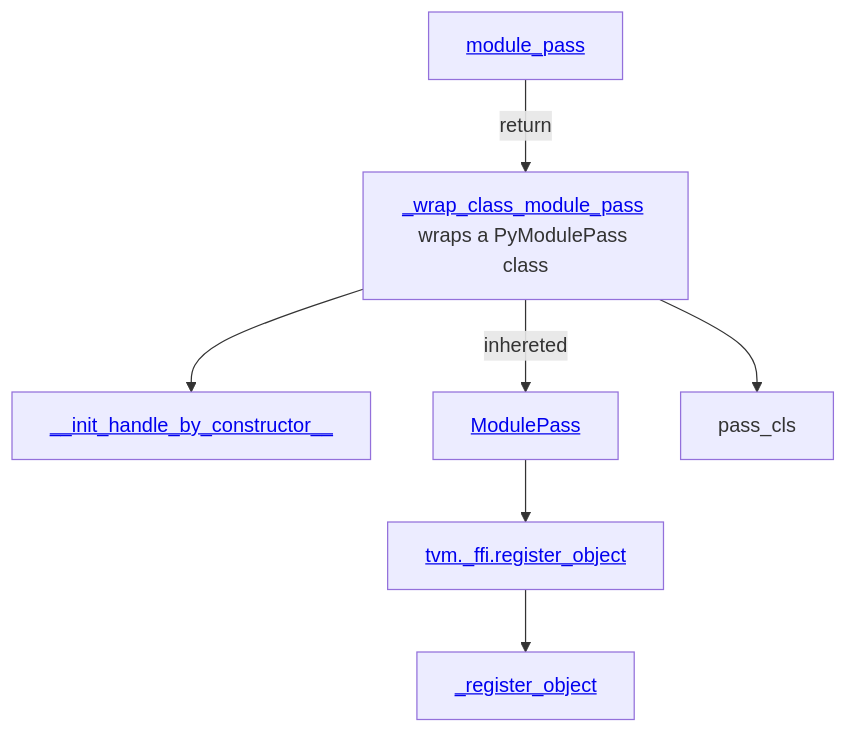
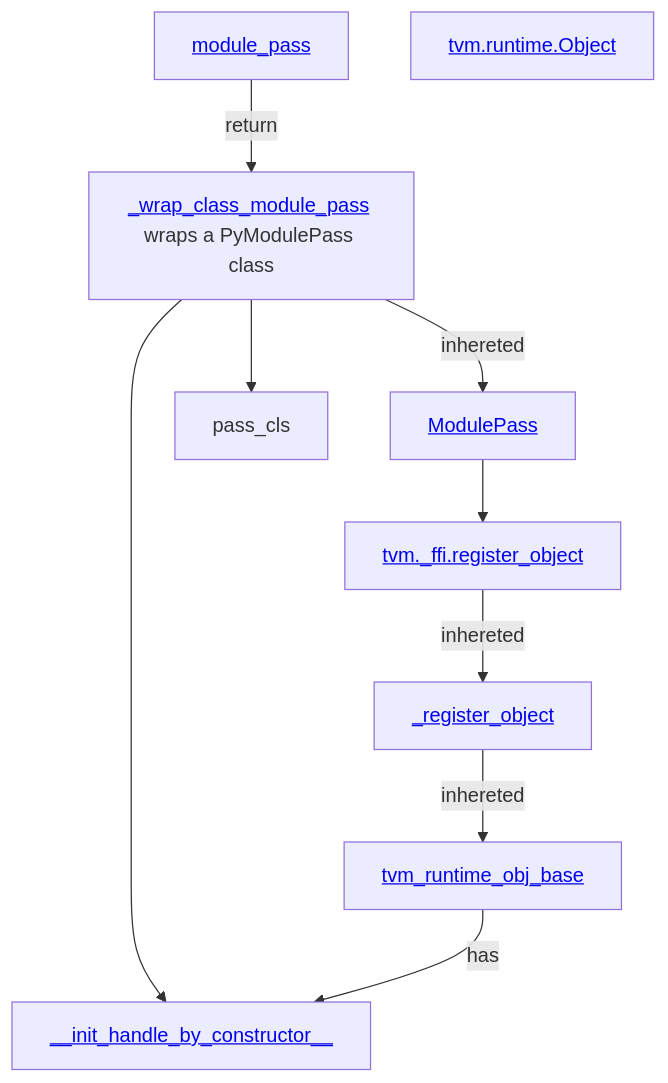
One commit to w32zhong/BitBLAS changed the second of 2 diagrams in README.md. Above: the diagram before and after it, drawn with Mermaid. The commit also changed other lines of this file, not shown here.

````diff
--- a/README.md
+++ b/README.md
@@ -83,12 +83,15 @@
 ```mermaid
 graph TD;
    module_pass[<a href="https://github.com/LeiWang1999/tvm/blob/618306ce3baa2c606d43856afbe6655e4e67b2c8/python/tvm/ir/transform.py#L325">module_pass</a>]
    _wrap_class_module_pass[<a href="https://github.com/LeiWang1999/tvm/tree/618306ce3baa2c606d43856afbe6655e4e67b2c8/python/tvm/ir/transform.py#L293">_wrap_class_module_pass</a> wraps a PyModulePass class]
    __init_handle_by_constructor__[<a href="https://github.com/LeiWang1999/tvm/tree/618306ce3baa2c606d43856afbe6655e4e67b2c8/python/tvm/ir/transform.py#L309">__init_handle_by_constructor__</a>]
    ModulePass[<a href="https://github.com/LeiWang1999/tvm/blob/618306ce3baa2c606d43856afbe6655e4e67b2c8/python/tvm/ir/transform.py#L242">ModulePass</a>]
    register_object[<a href="https://github.com/LeiWang1999/tvm/blob/618306ce3baa2c606d43856afbe6655e4e67b2c8/python/tvm/_ffi/registry.py#L41-L82">tvm._ffi.register_object</a>]
    _register_object[<a href="https://github.com/LeiWang1999/tvm/blob/618306ce3baa2c606d43856afbe6655e4e67b2c8/python/tvm/_ffi/_ctypes/object.py#L42">_register_object</a>]
+   tvm_runtime_obj[<a href="https://github.com/LeiWang1999/tvm/blob/618306ce3baa2c606d43856afbe6655e4e67b2c8/python/tvm/runtime/object.py#L49">tvm.runtime.Object</a>]
+   tvm_runtime_obj_base[<a href="https://github.com/LeiWang1999/tvm/blob/618306ce3baa2c606d43856afbe6655e4e67b2c8/python/tvm/_ffi/_ctypes/object.py#L111">tvm_runtime_obj_base</a>]
+    
    module_pass -->|return| _wrap_class_module_pass --> pass_cls
    _wrap_class_module_pass --> __init_handle_by_constructor__
-   _wrap_class_module_pass -->|inhereted| ModulePass --> register_object --> _register_object
+   _wrap_class_module_pass -->|inhereted| ModulePass --> register_object -->|inhereted| _register_object -->|inhereted| tvm_runtime_obj_base -->|has| __init_handle_by_constructor__
 ```
````
